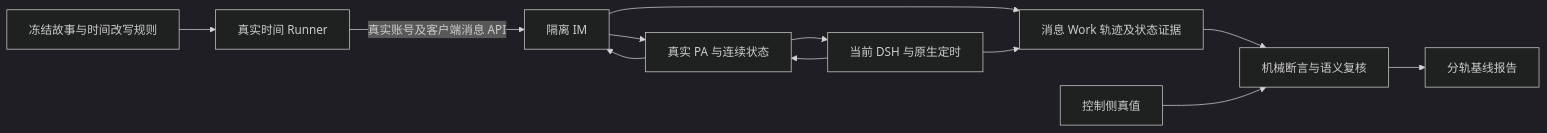
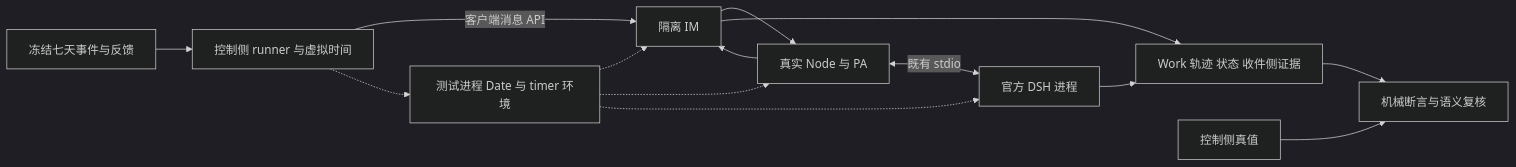
The diagram in docs/changes/feat-628-pa-long-horizon-evaluation/design.md (Mrchen116/nano-multiagent), drawn with Mermaid (dark theme) before and after one commit. The commit also changed other lines of this file and 3 other files, not shown here.

````diff
--- a/docs/changes/feat-628-pa-long-horizon-evaluation/design.md
+++ b/docs/changes/feat-628-pa-long-horizon-evaluation/design.md
@@ -52,14 +52,16 @@
 ```mermaid
 flowchart LR
-  S[冻结故事与时间改写规则] --> R[真实时间 Runner]
-  R -->|真实账号及客户端消息 API| I[隔离 IM]
-  I --> P[真实 PA 与连续状态]
-  P --> D[当前 DSH 与原生定时]
-  D --> P
+  S[冻结七天事件与反馈] --> C[控制侧 runner 与虚拟时间]
+  C -->|客户端消息 API| I[隔离 IM]
+  C -.-> T[测试进程 Date 与 timer 环境]
+  T -.-> I
+  T -.-> P[真实 Node 与 PA]
+  T -.-> D[官方 DSH 进程]
+  I --> P
+  P <-->|既有 stdio| D
   P --> I
-  I --> E[消息 Work 轨迹及状态证据]
+  I --> E[Work 轨迹 状态 收件侧证据]
   D --> E
   E --> J[机械断言与语义复核]
   G[控制侧真值] --> J
-  J --> O[分轨基线报告]
 ```
````
